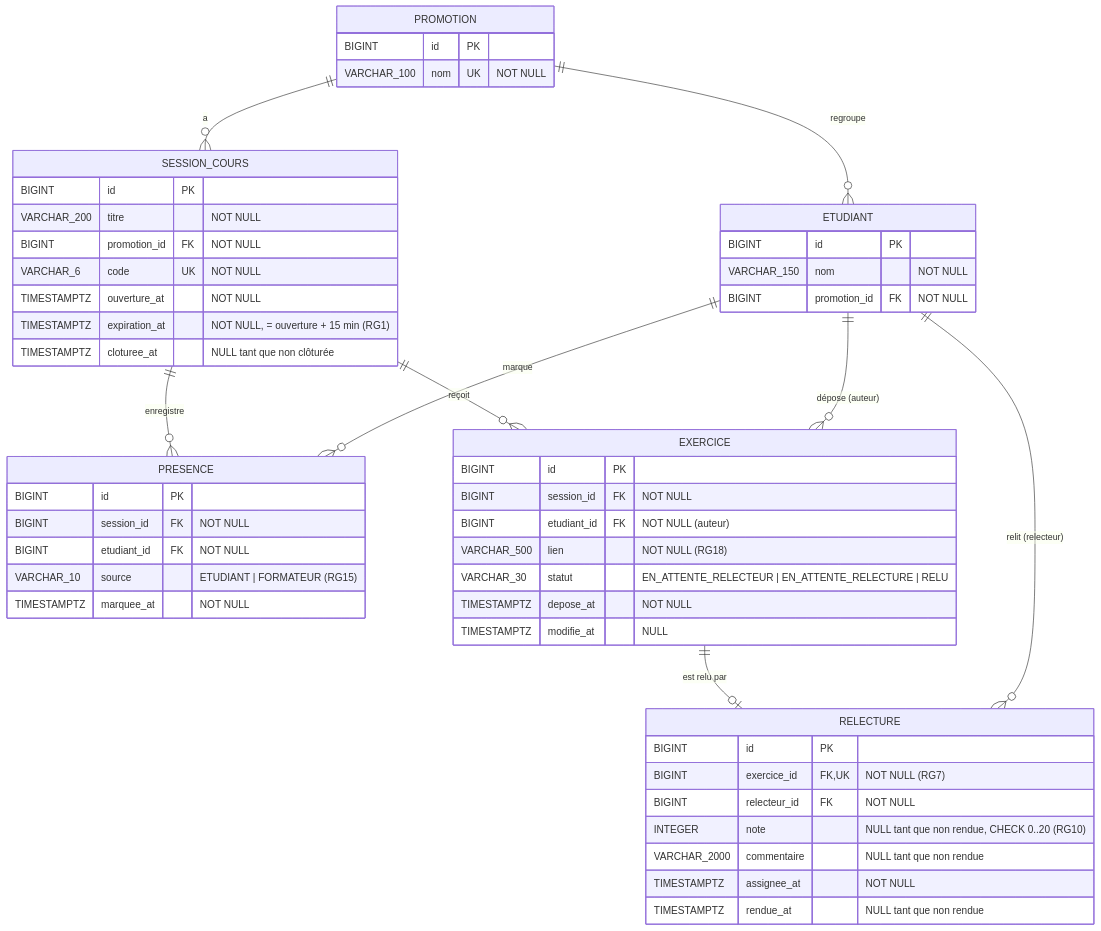
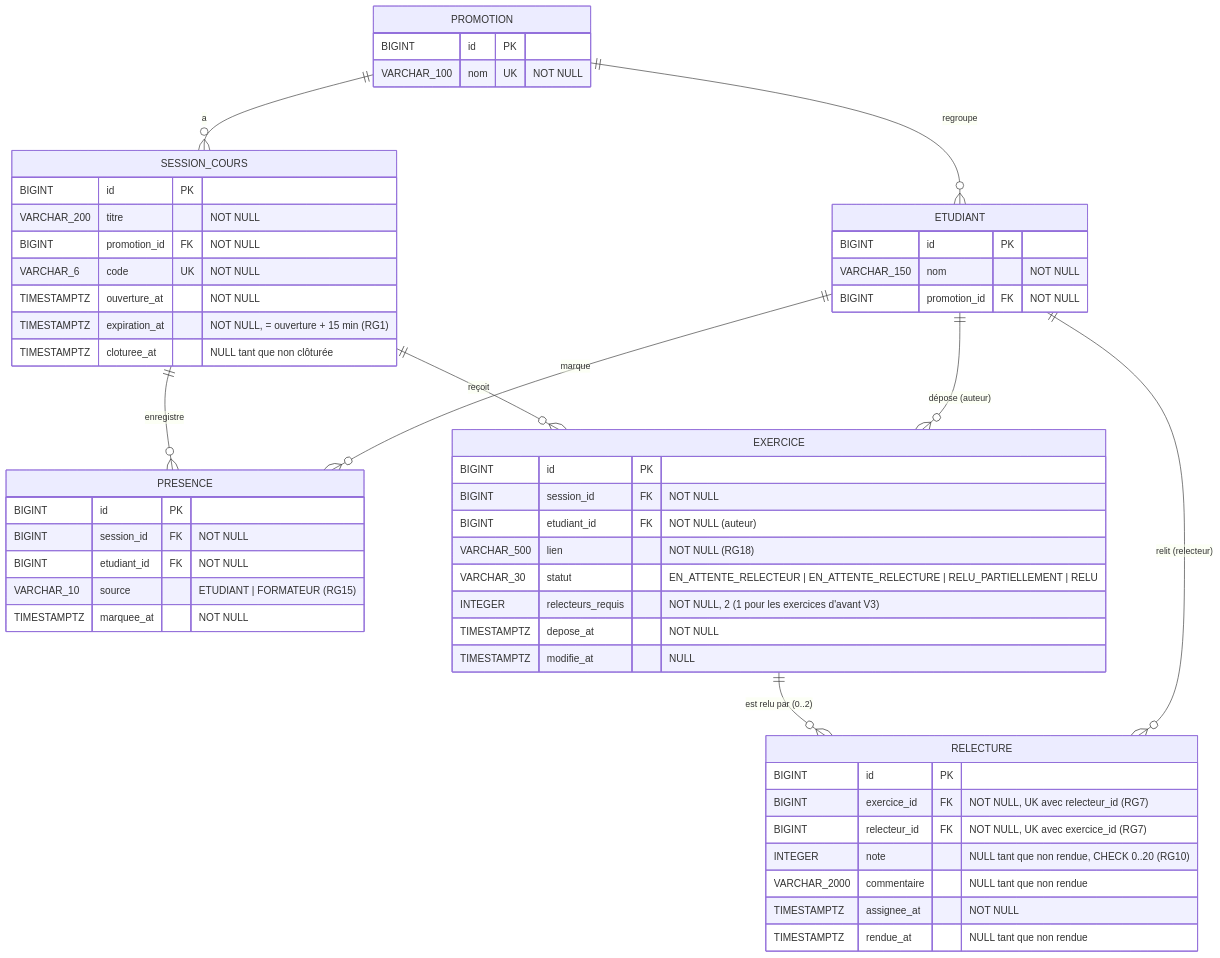
Before and after one commit to jacquessiyou4/kfokam48-epreuve-KF48-YAO-252: the diagram in docs/diagrammes/D2_modele_donnees.md, drawn with Mermaid. The commit also changed other lines of this file and 3 other files, not shown here.

````diff
--- a/docs/diagrammes/D2_modele_donnees.md
+++ b/docs/diagrammes/D2_modele_donnees.md
@@ -5,55 +5,56 @@
 ```mermaid
 erDiagram
     PROMOTION ||--o{ ETUDIANT : "regroupe"
     PROMOTION ||--o{ SESSION_COURS : "a"
     SESSION_COURS ||--o{ PRESENCE : "enregistre"
     ETUDIANT ||--o{ PRESENCE : "marque"
     SESSION_COURS ||--o{ EXERCICE : "reçoit"
     ETUDIANT ||--o{ EXERCICE : "dépose (auteur)"
-    EXERCICE ||--o| RELECTURE : "est relu par"
+    EXERCICE ||--o{ RELECTURE : "est relu par (0..2)"
     ETUDIANT ||--o{ RELECTURE : "relit (relecteur)"
 
     PROMOTION {
         BIGINT id PK
         VARCHAR_100 nom UK "NOT NULL"
     }
     ETUDIANT {
         BIGINT id PK
         VARCHAR_150 nom "NOT NULL"
         BIGINT promotion_id FK "NOT NULL"
     }
     SESSION_COURS {
         BIGINT id PK
         VARCHAR_200 titre "NOT NULL"
         BIGINT promotion_id FK "NOT NULL"
         VARCHAR_6 code UK "NOT NULL"
         TIMESTAMPTZ ouverture_at "NOT NULL"
         TIMESTAMPTZ expiration_at "NOT NULL, = ouverture + 15 min (RG1)"
         TIMESTAMPTZ cloturee_at "NULL tant que non clôturée"
     }
     PRESENCE {
         BIGINT id PK
         BIGINT session_id FK "NOT NULL"
         BIGINT etudiant_id FK "NOT NULL"
         VARCHAR_10 source "ETUDIANT | FORMATEUR (RG15)"
         TIMESTAMPTZ marquee_at "NOT NULL"
     }
     EXERCICE {
         BIGINT id PK
         BIGINT session_id FK "NOT NULL"
         BIGINT etudiant_id FK "NOT NULL (auteur)"
         VARCHAR_500 lien "NOT NULL (RG18)"
-        VARCHAR_30 statut "EN_ATTENTE_RELECTEUR | EN_ATTENTE_RELECTURE | RELU"
+        VARCHAR_30 statut "EN_ATTENTE_RELECTEUR | EN_ATTENTE_RELECTURE | RELU_PARTIELLEMENT | RELU"
+        INTEGER relecteurs_requis "NOT NULL, 2 (1 pour les exercices d'avant V3)"
         TIMESTAMPTZ depose_at "NOT NULL"
         TIMESTAMPTZ modifie_at "NULL"
     }
     RELECTURE {
         BIGINT id PK
-        BIGINT exercice_id FK,UK "NOT NULL (RG7)"
-        BIGINT relecteur_id FK "NOT NULL"
+        BIGINT exercice_id FK "NOT NULL, UK avec relecteur_id (RG7)"
+        BIGINT relecteur_id FK "NOT NULL, UK avec exercice_id (RG7)"
         INTEGER note "NULL tant que non rendue, CHECK 0..20 (RG10)"
         VARCHAR_2000 commentaire "NULL tant que non rendue"
         TIMESTAMPTZ assignee_at "NOT NULL"
         TIMESTAMPTZ rendue_at "NULL tant que non rendue"
     }
 ```
````
